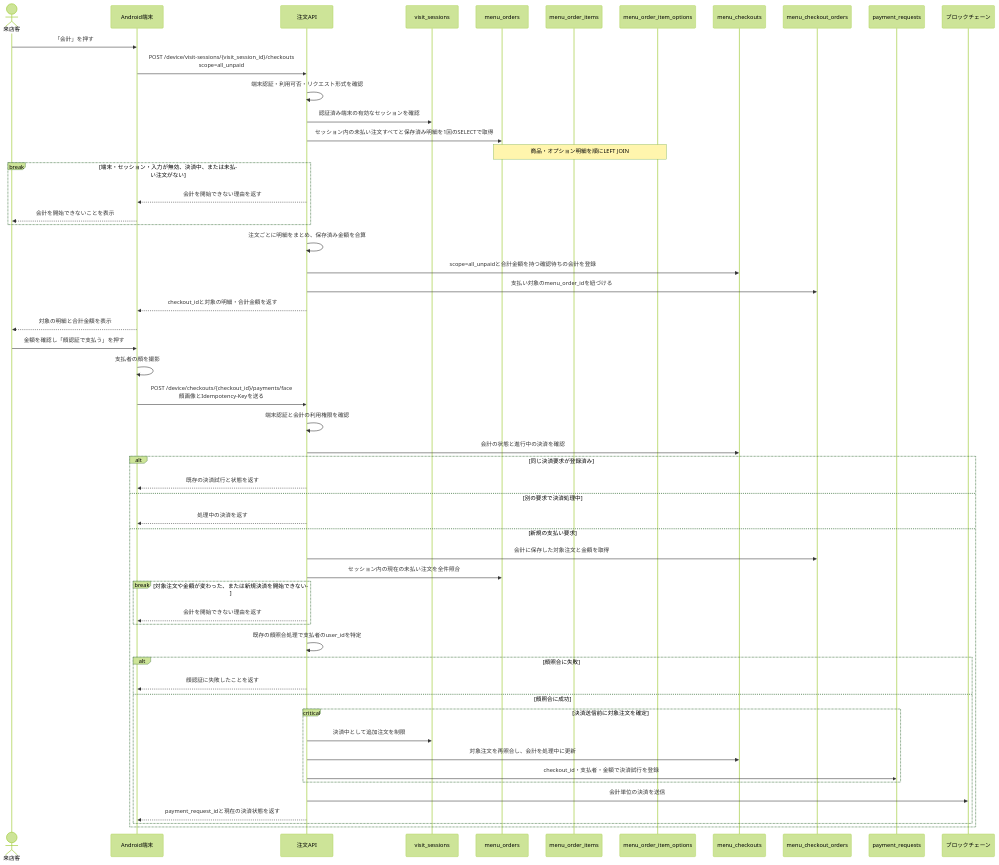
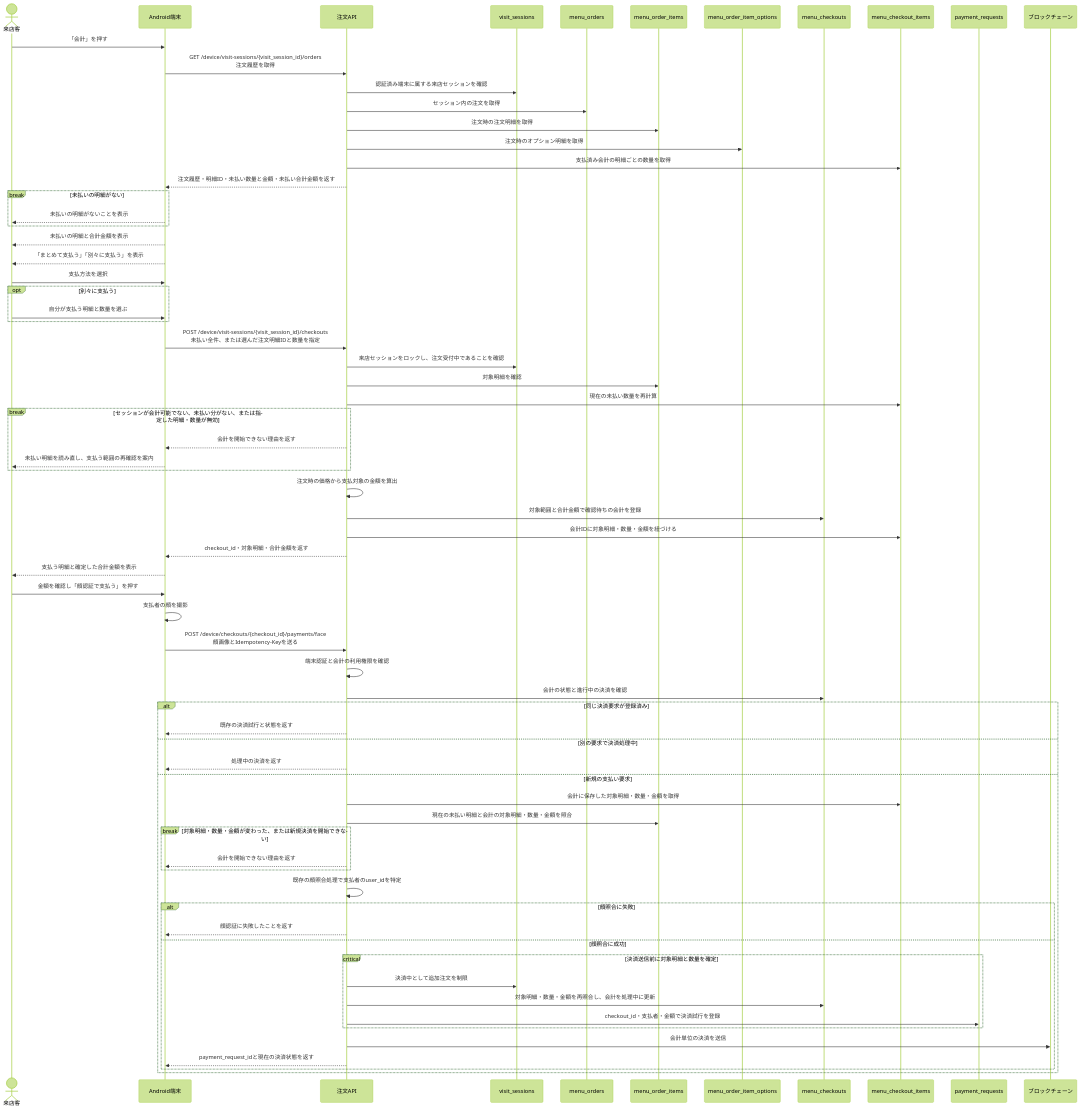
One commit to terao06/teraid-pay-api changed the sixth of 9 diagrams in docs/メニューオーダーフロー.md. Above: the diagram before and after it, drawn with Mermaid (forest theme). The commit also changed other lines of this file, not shown here.

Commit message:
オーダー追加

````diff
--- a/docs/メニューオーダーフロー.md
+++ b/docs/メニューオーダーフロー.md
@@ -287,59 +290,75 @@
 ```mermaid
 sequenceDiagram
     actor Guest as 来店客
     participant Device as Android端末
     participant API as 注文API
     participant Visits as visit_sessions
     participant Orders as menu_orders
     participant OrderItems as menu_order_items
     participant OrderOptions as menu_order_item_options
     participant Checkouts as menu_checkouts
-    participant CheckoutOrders as menu_checkout_orders
+    participant CheckoutItems as menu_checkout_items
     participant Payments as payment_requests
     participant Chain as ブロックチェーン
 
     Guest->>Device: 「会計」を押す
-    Device->>API: POST /device/visit-sessions/{visit_session_id}/checkouts<br/>scope=all_unpaid
-    API->>API: 端末認証・利用可否・リクエスト形式を確認
-    API->>Visits: 認証済み端末の有効なセッションを確認
-    API->>Orders: セッション内の未払い注文すべてと保存済み明細を1回のSELECTで取得
-    Note over Orders,OrderOptions: 商品・オプション明細を順にLEFT JOIN
-    break 端末・セッション・入力が無効、決済中、または未払い注文がない
+    Device->>API: GET /device/visit-sessions/{visit_session_id}/orders<br/>注文履歴を取得
+    API->>Visits: 認証済み端末に属する来店セッションを確認
+    API->>Orders: セッション内の注文を取得
+    API->>OrderItems: 注文時の注文明細を取得
+    API->>OrderOptions: 注文時のオプション明細を取得
+    API->>CheckoutItems: 支払済み会計の明細ごとの数量を取得
+    API-->>Device: 注文履歴・明細ID・未払い数量と金額・未払い合計金額を返す
+    break 未払いの明細がない
+        Device-->>Guest: 未払いの明細がないことを表示
+    end
+    Device-->>Guest: 未払いの明細と合計金額を表示
+    Device-->>Guest: 「まとめて支払う」「別々に支払う」を表示
+    Guest->>Device: 支払方法を選択
+    opt 別々に支払う
+        Guest->>Device: 自分が支払う明細と数量を選ぶ
+    end
+
+    Device->>API: POST /device/visit-sessions/{visit_session_id}/checkouts<br/>未払い全件、または選んだ注文明細IDと数量を指定
+    API->>Visits: 来店セッションをロックし、注文受付中であることを確認
+    API->>OrderItems: 対象明細を確認
+    API->>CheckoutItems: 現在の未払い数量を再計算
+    break セッションが会計可能でない、未払い分がない、または指定した明細・数量が無効
         API-->>Device: 会計を開始できない理由を返す
-        Device-->>Guest: 会計を開始できないことを表示
+        Device-->>Guest: 未払い明細を読み直し、支払う範囲の再確認を案内
     end
-    API->>API: 注文ごとに明細をまとめ、保存済み金額を合算
-    API->>Checkouts: scope=all_unpaidと合計金額を持つ確認待ちの会計を登録
-    API->>CheckoutOrders: 支払い対象のmenu_order_idを紐づける
-    API-->>Device: checkout_idと対象の明細・合計金額を返す
-    Device-->>Guest: 対象の明細と合計金額を表示
+    API->>API: 注文時の価格から支払対象の金額を算出
+    API->>Checkouts: 対象範囲と合計金額で確認待ちの会計を登録
+    API->>CheckoutItems: 会計IDに対象明細・数量・金額を紐づける
+    API-->>Device: checkout_id・対象明細・合計金額を返す
+    Device-->>Guest: 支払う明細と確定した合計金額を表示
 
     Guest->>Device: 金額を確認し「顔認証で支払う」を押す
     Device->>Device: 支払者の顔を撮影
     Device->>API: POST /device/checkouts/{checkout_id}/payments/face<br/>顔画像とIdempotency-Keyを送る
     API->>API: 端末認証と会計の利用権限を確認
     API->>Checkouts: 会計の状態と進行中の決済を確認
     alt 同じ決済要求が登録済み
         API-->>Device: 既存の決済試行と状態を返す
     else 別の要求で決済処理中
         API-->>Device: 処理中の決済を返す
     else 新規の支払い要求
-        API->>CheckoutOrders: 会計に保存した対象注文と金額を取得
-        API->>Orders: セッション内の現在の未払い注文を全件照合
-        break 対象注文や金額が変わった、または新規決済を開始できない
+        API->>CheckoutItems: 会計に保存した対象明細・数量・金額を取得
+        API->>OrderItems: 現在の未払い明細と会計の対象明細・数量・金額を照合
+        break 対象明細・数量・金額が変わった、または新規決済を開始できない
             API-->>Device: 会計を開始できない理由を返す
         end
         API->>API: 既存の顔照合処理で支払者のuser_idを特定
         alt 顔照合に失敗
             API-->>Device: 顔認証に失敗したことを返す
         else 顔照合に成功
-            critical 決済送信前に対象注文を確定
+            critical 決済送信前に対象明細と数量を確定
                 API->>Visits: 決済中として追加注文を制限
-                API->>Checkouts: 対象注文を再照合し、会計を処理中に更新
+                API->>Checkouts: 対象明細・数量・金額を再照合し、会計を処理中に更新
                 API->>Payments: checkout_id・支払者・金額で決済試行を登録
             end
             API->>Chain: 会計単位の決済を送信
             API-->>Device: payment_request_idと現在の決済状態を返す
         end
     end
 ```
````
